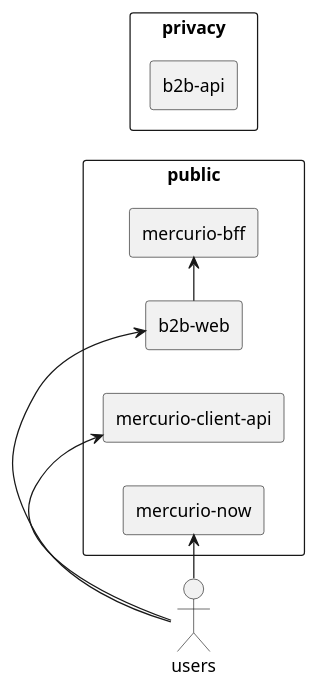
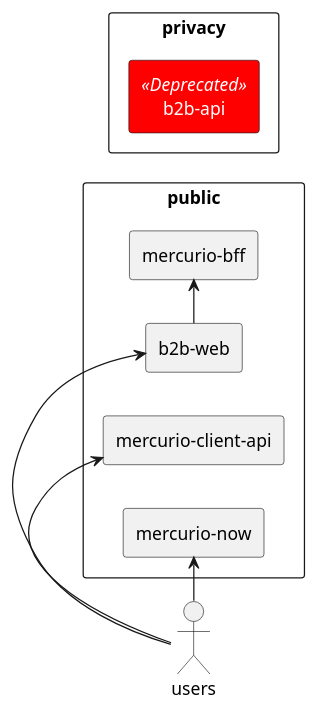
The diagram in B2BArchitectureDiagrams/asIs.puml (zearkiatos/architecture-diagrams), drawn with PlantUML before and after one commit.

Commit message:
Add styles in b2b-api

```diff
--- a/B2BArchitectureDiagrams/asIs.puml
+++ b/B2BArchitectureDiagrams/asIs.puml
@@ -1,24 +1,24 @@
 @startuml
 left to right direction
 actor users
+skinparam rectangle {
+    BackgroundColor<<Deprecated>> Red
+    FontColor<<Deprecated>> White
+}
 rectangle public {
     rectangle "b2b-web" as b2bWeb
     rectangle "mercurio-client-api" as mercurioClientApi
     rectangle "mercurio-now" as mercurioNow
     rectangle "mercurio-bff" as mercurioBff
 }
 
 rectangle privacy {
-    rectangle "b2b-api" as b2bApi
-}
-
-skinparam b2bApi {
-    BackgroundColor Aqua
+    rectangle "b2b-api" as b2bApi<<Deprecated>>
 }
 
 
 users -> b2bWeb
 users -> mercurioClientApi
 users -> mercurioNow
 b2bWeb -> mercurioBff
 @enduml
```
